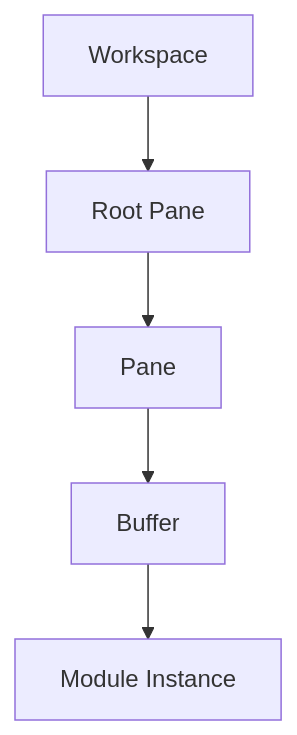
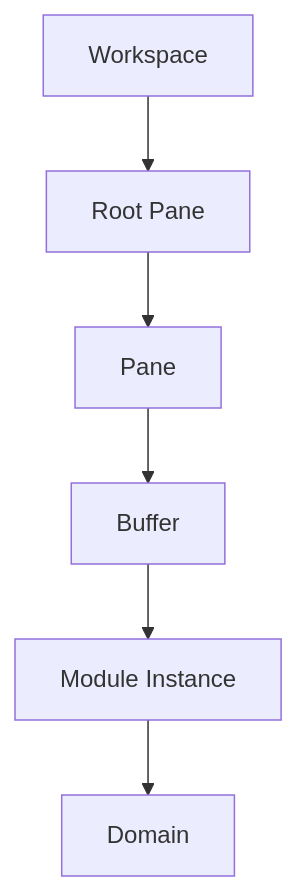
Before and after one commit to kjvonly/kjvonly.bible: the first of 5 diagrams in docs/01_application-architecture/002-workspace-runtime.md, drawn with Mermaid. The commit also changed other lines of this file, not shown here.

````diff
--- a/docs/01_application-architecture/002-workspace-runtime.md
+++ b/docs/01_application-architecture/002-workspace-runtime.md
@@ -138,18 +177,21 @@
 ```mermaid
 flowchart TD
 
     Workspace["Workspace"]
 
     Root["Root Pane"]
 
     Pane["Pane"]
 
     Buffer["Buffer"]
 
     Module["Module Instance"]
 
+    Domain["Domain"]
+
     Workspace --> Root
     Root --> Pane
     Pane --> Buffer
     Buffer --> Module
+    Module --> Domain
 ```
````
